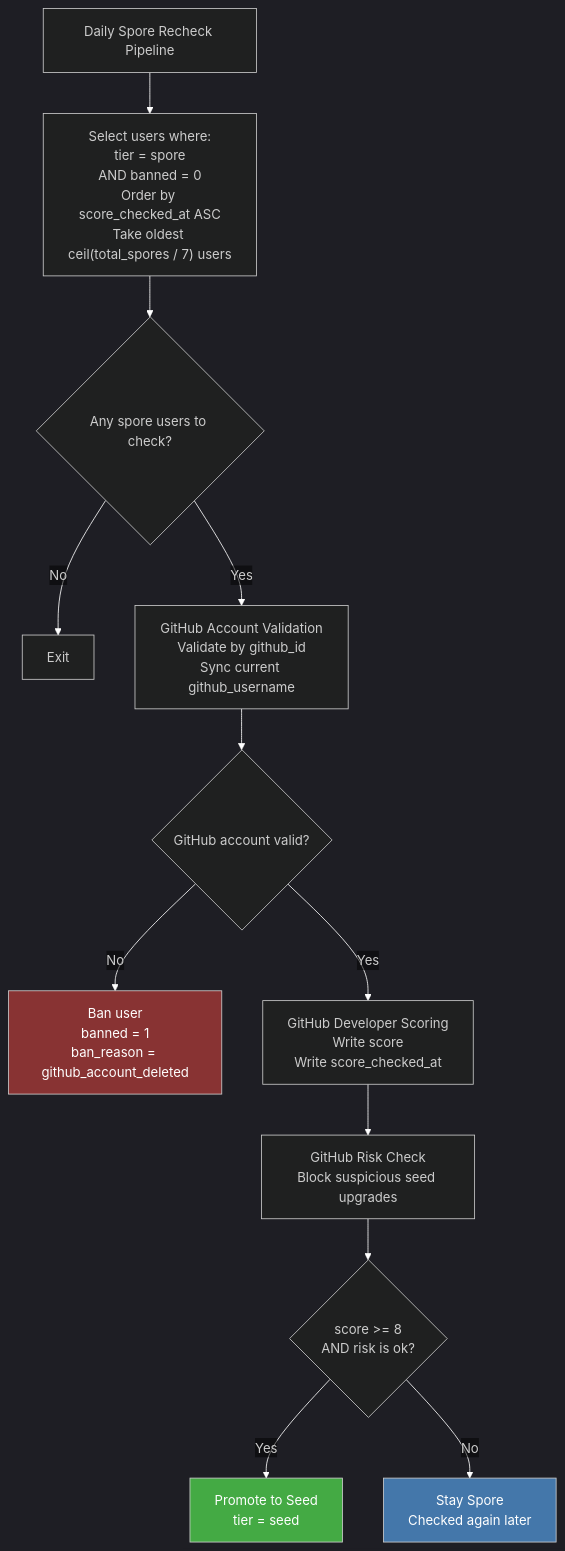
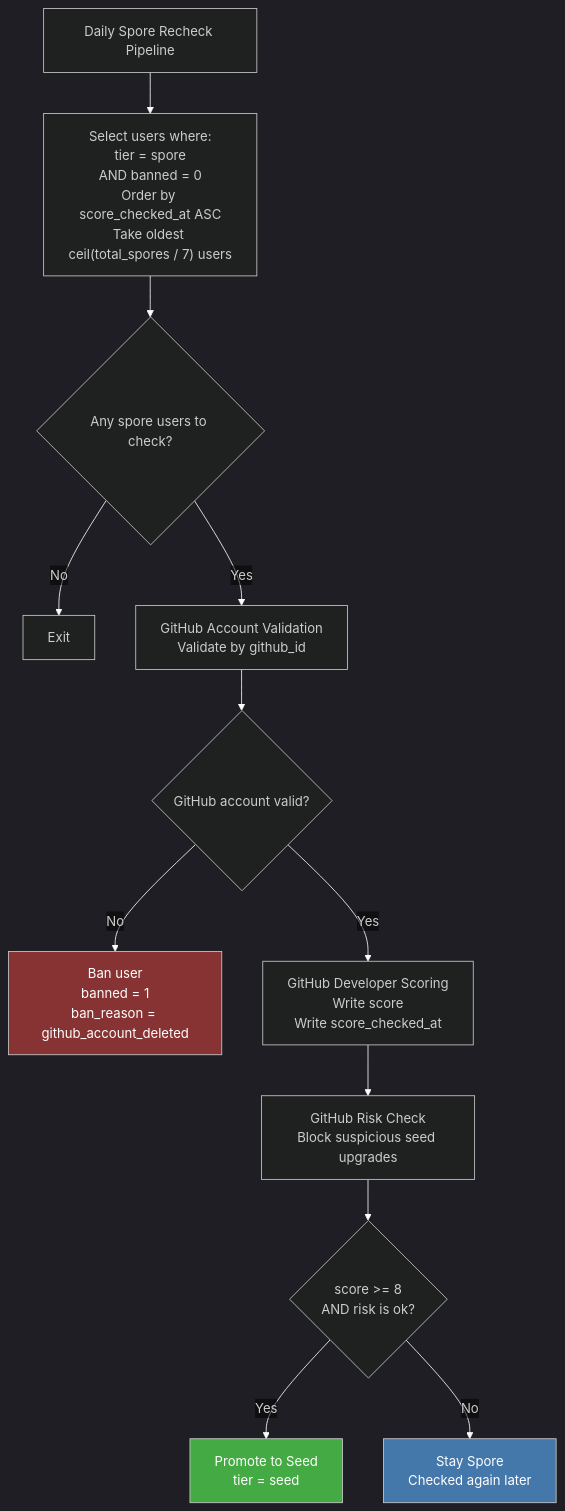
The second of 2 diagrams in enter.pollinations.ai/scripts/user-pipeline/README.md (pollinations/pollinations), drawn with Mermaid before and after one commit. The commit also changed other lines of this file and 30 other files, not shown here.

````diff
--- a/enter.pollinations.ai/scripts/user-pipeline/README.md
+++ b/enter.pollinations.ai/scripts/user-pipeline/README.md
@@ -138,37 +132,36 @@
 ```mermaid
 %%{init: {'theme': 'dark', 'themeVariables': {'lineColor': '#ffffff', 'edgeLabelBackground': 'transparent'}}}%%
 flowchart TD
     A["Daily Spore Recheck Pipeline"] --> B["Select users where:
 tier = spore
 AND banned = 0
 Order by score_checked_at ASC
 Take oldest ceil(total_spores / 7) users"]
 
     B --> C{"Any spore users to check?"}
     C -->|No| D["Exit"]
     C -->|Yes| E["GitHub Account Validation
-Validate by github_id
-Sync current github_username"]
+Validate by github_id"]
 
     E --> F{"GitHub account valid?"}
     F -->|No| G["Ban user
 banned = 1
 ban_reason = github_account_deleted"]
     F -->|Yes| H["GitHub Developer Scoring
 Write score
 Write score_checked_at"]
 
     H --> I["GitHub Risk Check
 Block suspicious seed upgrades"]
 
     I --> J{"score >= 8
 AND risk is ok?"}
     J -->|Yes| K["Promote to Seed
 tier = seed"]
     J -->|No| L["Stay Spore
 Checked again later"]
 
     style G fill:#833,color:#fff
     style L fill:#47a,color:#fff
     style K fill:#4a4,color:#fff
 ```
````
